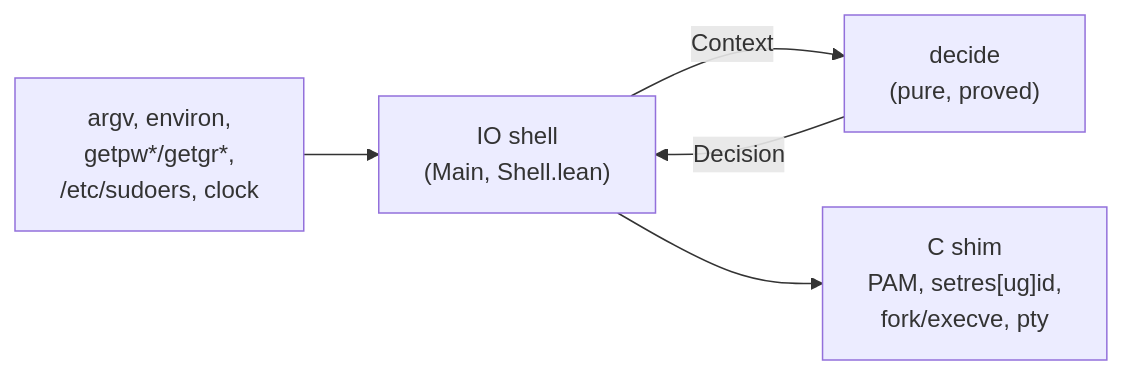
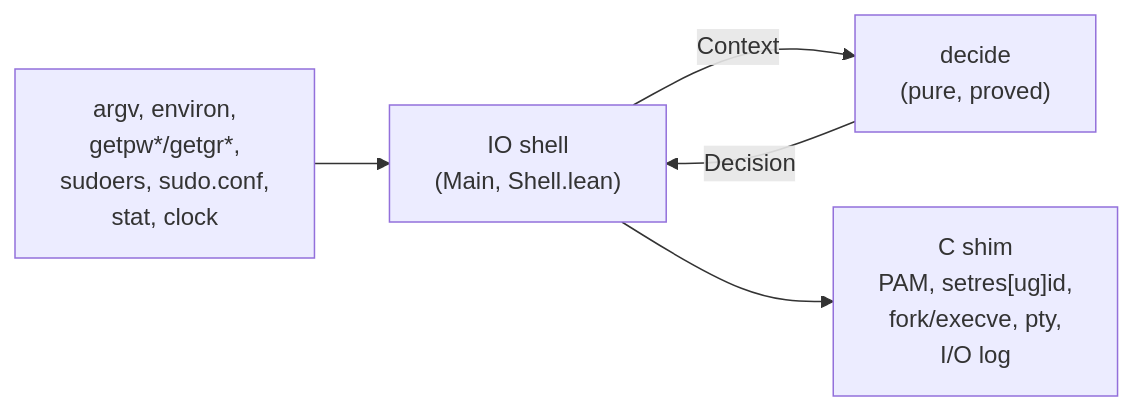
The diagram in README.md (adamgall/lean-sudo), drawn with Mermaid before and after one commit. The commit also changed other lines of this file, not shown here.

````diff
--- a/README.md
+++ b/README.md
@@ -82,7 +86,7 @@
 ```mermaid
 flowchart LR
-  A["argv, environ,<br/>getpw*/getgr*,<br/>/etc/sudoers, clock"] --> S["IO shell<br/>(Main, Shell.lean)"]
+  A["argv, environ,<br/>getpw*/getgr*,<br/>sudoers, sudo.conf,<br/>stat, clock"] --> S["IO shell<br/>(Main, Shell.lean)"]
   S -- "Context" --> D["decide<br/>(pure, proved)"]
   D -- "Decision" --> S
-  S --> C["C shim<br/>PAM, setres[ug]id,<br/>fork/execve, pty"]
+  S --> C["C shim<br/>PAM, setres[ug]id,<br/>fork/execve, pty,<br/>I/O log"]
 ```
````
